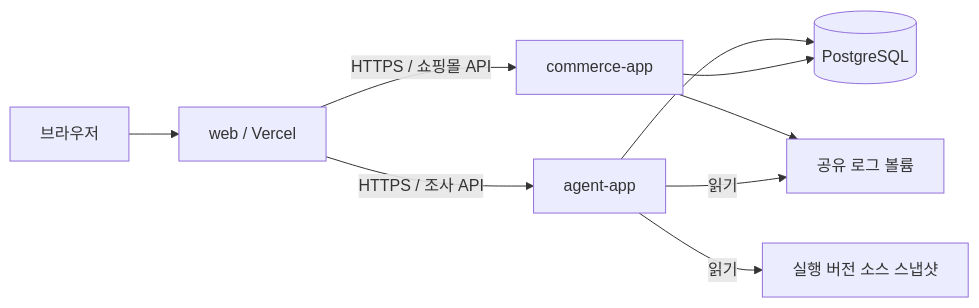
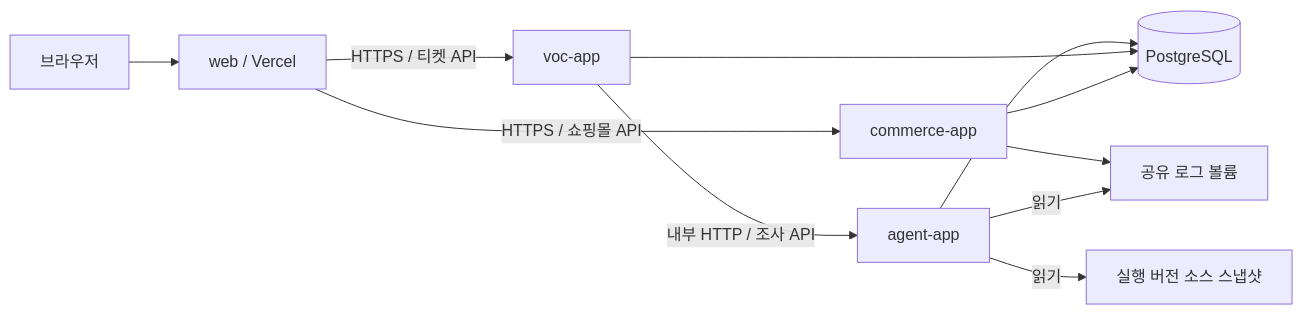
Before and after one commit to sanghyo-lab/jdd: the second of 2 diagrams in docs/frontend-deployment.md, drawn with Mermaid. The commit also changed other lines of this file and 11 other files, not shown here.

````diff
--- a/docs/frontend-deployment.md
+++ b/docs/frontend-deployment.md
@@ -99,11 +123,13 @@
 ```mermaid
 flowchart LR
     Browser[브라우저] --> Web[web / Vercel]
-    Web -->|HTTPS / 조사 API| Agent[agent-app]
+    Web -->|HTTPS / 티켓 API| VOC[voc-app]
+    VOC -->|내부 HTTP / 조사 API| Agent[agent-app]
     Web -->|HTTPS / 쇼핑몰 API| Commerce[commerce-app]
     Agent --> DB[(PostgreSQL)]
+    VOC --> DB
     Commerce --> DB
     Commerce --> Logs[공유 로그 볼륨]
     Agent -->|읽기| Logs
     Agent -->|읽기| Source[실행 버전 소스 스냅샷]
 ```
````
